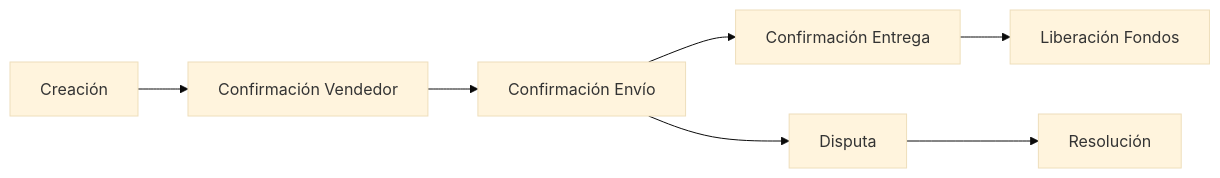
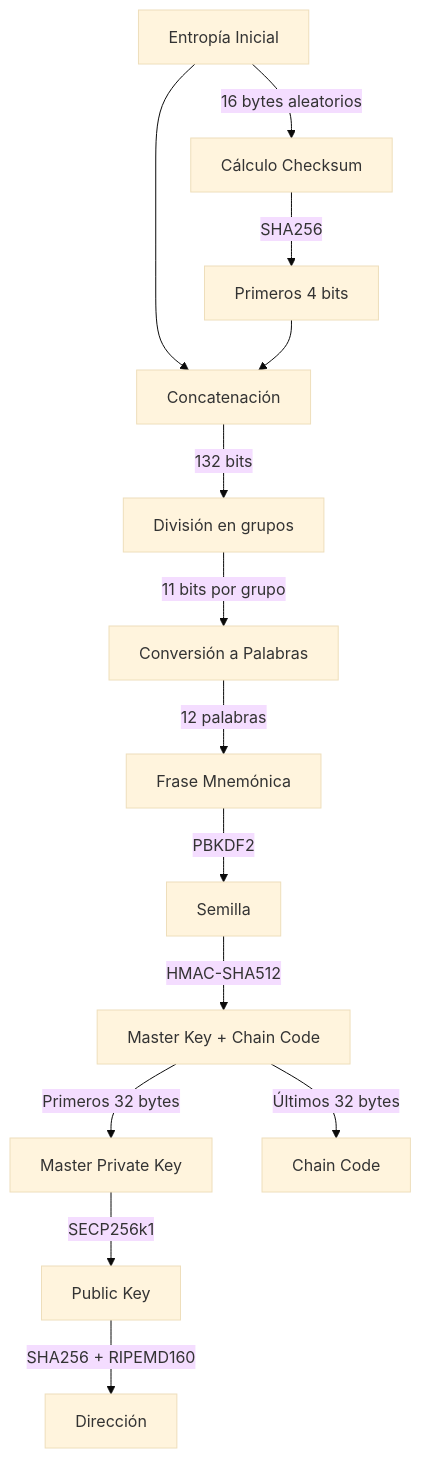
The first of 2 diagrams in blockchain-analysis.md (Venegas2242/blockchain-simulator), drawn with Mermaid (base theme) before and after one commit. The commit also changed other lines of this file and 7 other files, not shown here.

````diff
--- a/blockchain-analysis.md
+++ b/blockchain-analysis.md
@@ -48,9 +35,16 @@
 ```mermaid
-graph LR
-    A[Creación] --> B[Confirmación Vendedor]
-    B --> C[Confirmación Envío]
-    C --> D[Confirmación Entrega]
-    D --> E[Liberación Fondos]
-    C --> F[Disputa]
-    F --> G[Resolución]
+graph TD
+    A[Entropía Inicial] -->|16 bytes aleatorios| B[Cálculo Checksum]
+    B -->|SHA256| C[Primeros 4 bits]
+    A --> D[Concatenación]
+    C --> D[Concatenación]
+    D -->|132 bits| E[División en grupos]
+    E -->|11 bits por grupo| F[Conversión a Palabras]
+    F -->|12 palabras| G[Frase Mnemónica]
+    G -->|PBKDF2| H[Semilla]
+    H -->|HMAC-SHA512| I[Master Key + Chain Code]
+    I -->|Primeros 32 bytes| J[Master Private Key]
+    I -->|Últimos 32 bytes| K[Chain Code]
+    J -->|SECP256k1| L[Public Key]
+    L -->|SHA256 + RIPEMD160| M[Dirección]
 ```
````
